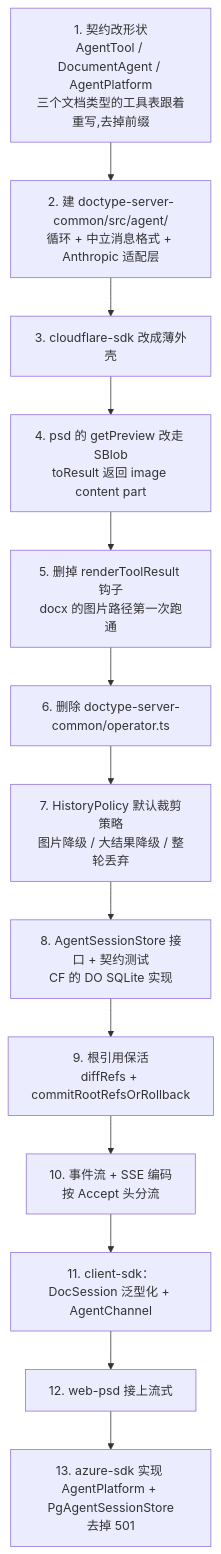
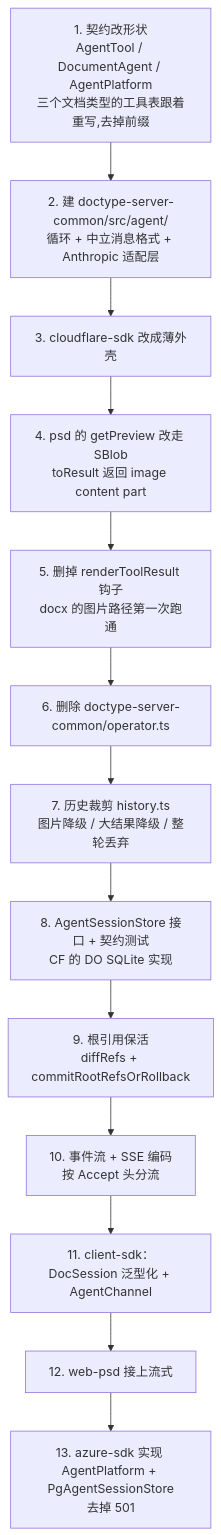
Before and after one commit to shazhou-ww/unidocs: diagram 16 of 16 in docs/superpowers/specs/2026-08-26-agent-sdk-design.md, drawn with Mermaid. The commit also changed other lines of this file, not shown here.

````diff
--- a/docs/superpowers/specs/2026-08-26-agent-sdk-design.md
+++ b/docs/superpowers/specs/2026-08-26-agent-sdk-design.md
@@ -1487,15 +1484,15 @@
 ```mermaid
 flowchart TB
     S1["1. 契约改形状<br/>AgentTool / DocumentAgent / AgentPlatform<br/>三个文档类型的工具表跟着重写,去掉前缀"] --> S2["2. 建 doctype-server-common/src/agent/<br/>循环 + 中立消息格式 + Anthropic 适配层"]
     S2 --> S2b["3. cloudflare-sdk 改成薄外壳"]
     S2b --> S3["4. psd 的 getPreview 改走 SBlob<br/>toResult 返回 image content part"]
     S3 --> S4["5. 删掉 renderToolResult 钩子<br/>docx 的图片路径第一次跑通"]
     S4 --> S5["6. 删除 doctype-server-common/operator.ts"]
-    S5 --> S6["7. HistoryPolicy 默认裁剪策略<br/>图片降级 / 大结果降级 / 整轮丢弃"]
+    S5 --> S6["7. 历史裁剪 history.ts<br/>图片降级 / 大结果降级 / 整轮丢弃"]
     S6 --> S7["8. AgentSessionStore 接口 + 契约测试<br/>CF 的 DO SQLite 实现"]
     S7 --> S8["9. 根引用保活<br/>diffRefs + commitRootRefsOrRollback"]
     S8 --> S9["10. 事件流 + SSE 编码<br/>按 Accept 头分流"]
     S9 --> S10["11. client-sdk：DocSession 泛型化 + AgentChannel"]
     S10 --> S11["12. web-psd 接上流式"]
     S11 --> S12["13. azure-sdk 实现 AgentPlatform + PgAgentSessionStore<br/>去掉 501"]
 ```
````
